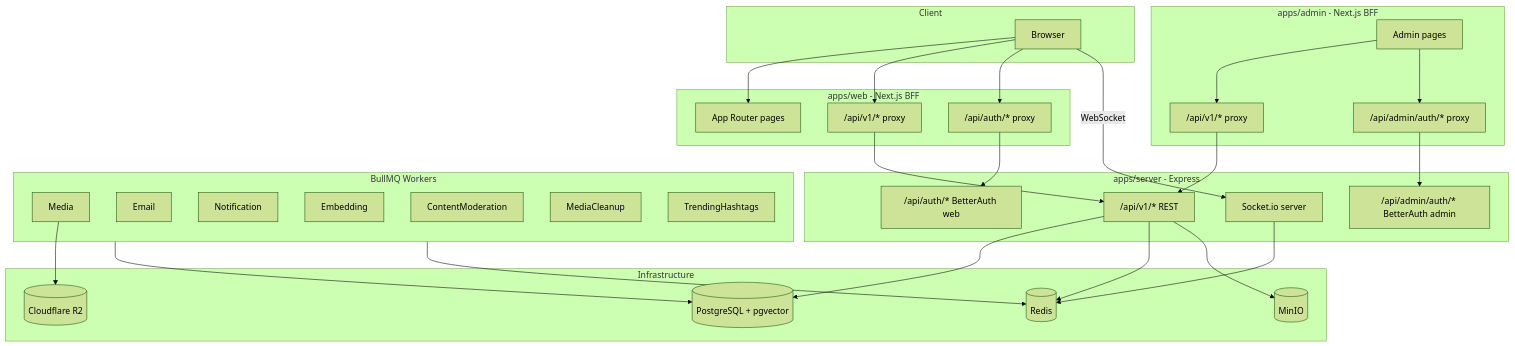
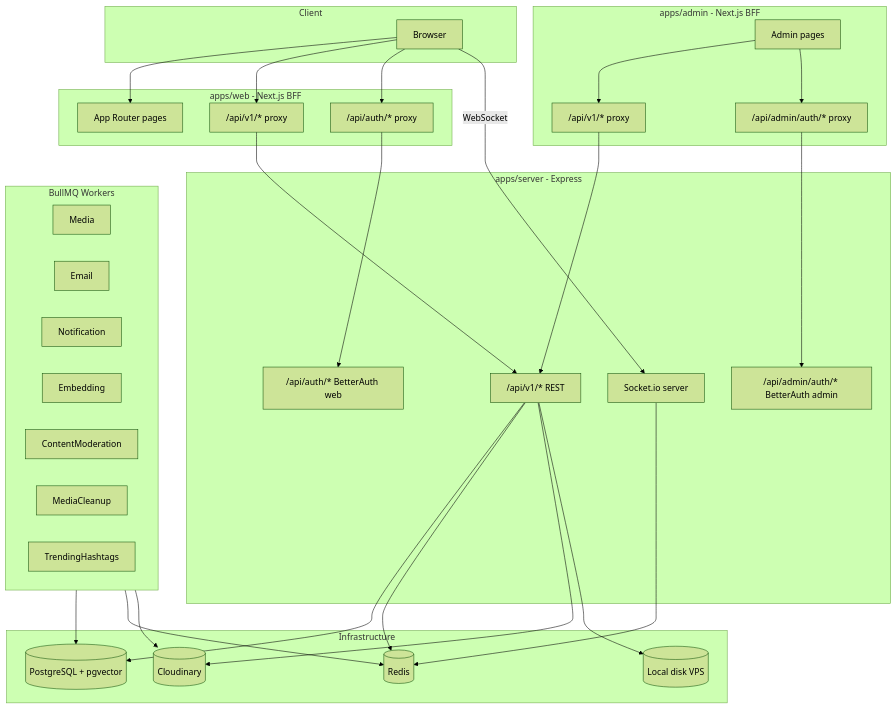
One commit to ManhThang203/f8-project-fullstack changed the first of 7 diagrams in docs/architecture.md. Above: the diagram before and after it, drawn with Mermaid (forest theme). The commit also changed other lines of this file and 1 other file, not shown here.

First line of the commit message:
docs: align README and architecture with actual stack

````diff
--- a/docs/architecture.md
+++ b/docs/architecture.md
@@ -45,63 +47,64 @@
 ```mermaid
 flowchart TB
     subgraph client [Client]
         Browser[Browser]
     end
 
     subgraph web [apps/web - Next.js BFF]
         WebPages[App Router pages]
         BffV1["/api/v1/* proxy"]
         BffAuth["/api/auth/* proxy"]
     end
 
     subgraph admin [apps/admin - Next.js BFF]
         AdminPages[Admin pages]
         AdminBffV1["/api/v1/* proxy"]
         AdminBffAuth["/api/admin/auth/* proxy"]
     end
 
     subgraph server [apps/server - Express]
         ExpressAPI["/api/v1/* REST"]
         AuthWeb["/api/auth/* BetterAuth web"]
         AuthAdmin["/api/admin/auth/* BetterAuth admin"]
         SocketIO[Socket.io server]
     end
 
     subgraph workers [BullMQ Workers]
         MediaWorker[Media]
         EmailWorker[Email]
         NotifWorker[Notification]
         EmbedWorker[Embedding]
         ModerationWorker[ContentModeration]
         CleanupWorker[MediaCleanup]
         TrendingWorker[TrendingHashtags]
     end
 
     subgraph infra [Infrastructure]
         Postgres[(PostgreSQL + pgvector)]
         Redis[(Redis)]
-        MinIO[(MinIO)]
-        R2[(Cloudflare R2)]
+        Cloudinary[(Cloudinary)]
+        LocalDisk[(Local disk VPS)]
     end
 
     Browser --> WebPages
     Browser --> BffV1
     Browser --> BffAuth
     Browser -->|"WebSocket"| SocketIO
 
     AdminPages --> AdminBffV1
     AdminPages --> AdminBffAuth
 
     BffV1 --> ExpressAPI
     BffAuth --> AuthWeb
     AdminBffV1 --> ExpressAPI
     AdminBffAuth --> AuthAdmin
 
     ExpressAPI --> Postgres
     ExpressAPI --> Redis
-    ExpressAPI --> MinIO
+    ExpressAPI --> Cloudinary
+    ExpressAPI --> LocalDisk
     SocketIO --> Redis
     workers --> Postgres
     workers --> Redis
-    MediaWorker --> R2
+    workers --> Cloudinary
 ```
````
